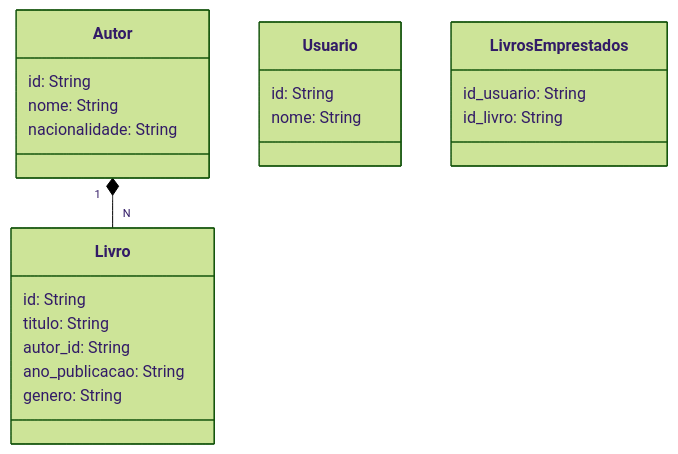
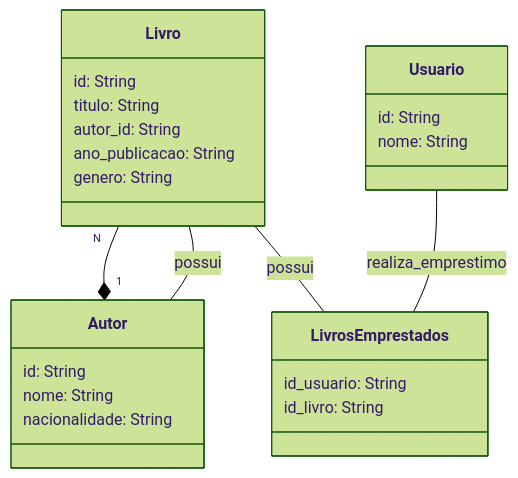
The diagram in santander-dev-week-2023/README.MD (rafael2051/Controle-de-Fluxo---Desafio), drawn with Mermaid (forest theme) before and after one commit.

````diff
--- a/santander-dev-week-2023/README.MD
+++ b/santander-dev-week-2023/README.MD
@@ -6,30 +6,33 @@
 ```mermaid
 classDiagram
     class Livro {
         id: String
         titulo: String
         autor_id: String
         ano_publicacao: String
         genero: String
     }
 
     class Autor {
         id: String
         nome: String
         nacionalidade: String
     }
 
     class Usuario {
         id: String
         nome: String
     }
 
     class LivrosEmprestados {
         id_usuario: String
         id_livro: String
     }
 
     Autor "1" *-- "N" Livro
+    Livro  --  Autor  :  possui
+    Usuario -- LivrosEmprestados : realiza_emprestimo
+    Livro -- LivrosEmprestados : possui
     
 
 ```
````
